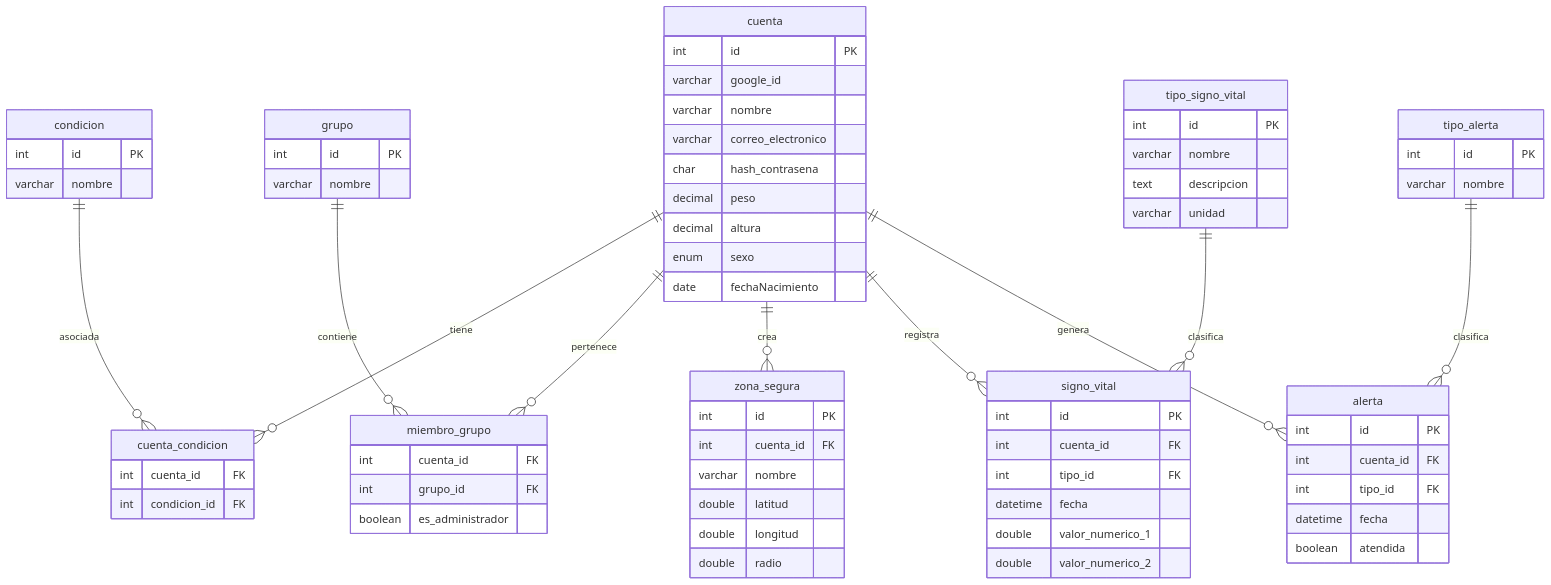
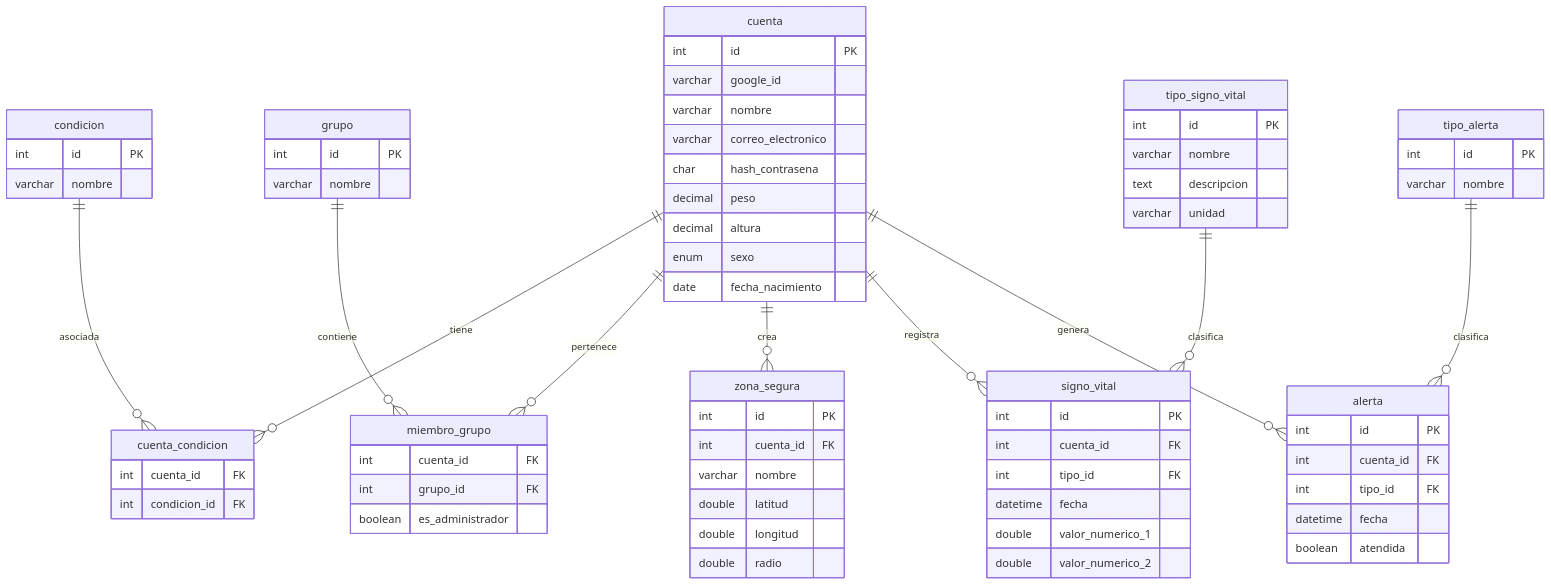
One commit to MrSheldonT/ProtecVida changed the diagram in README.md. Above: the diagram before and after it, drawn with Mermaid.

```diff
--- a/README.md
+++ b/README.md
@@ -19,7 +19,7 @@
         decimal peso
         decimal altura
         enum sexo
-        date fechaNacimiento
+        date fecha_nacimiento
     }
 
     condicion {
```
